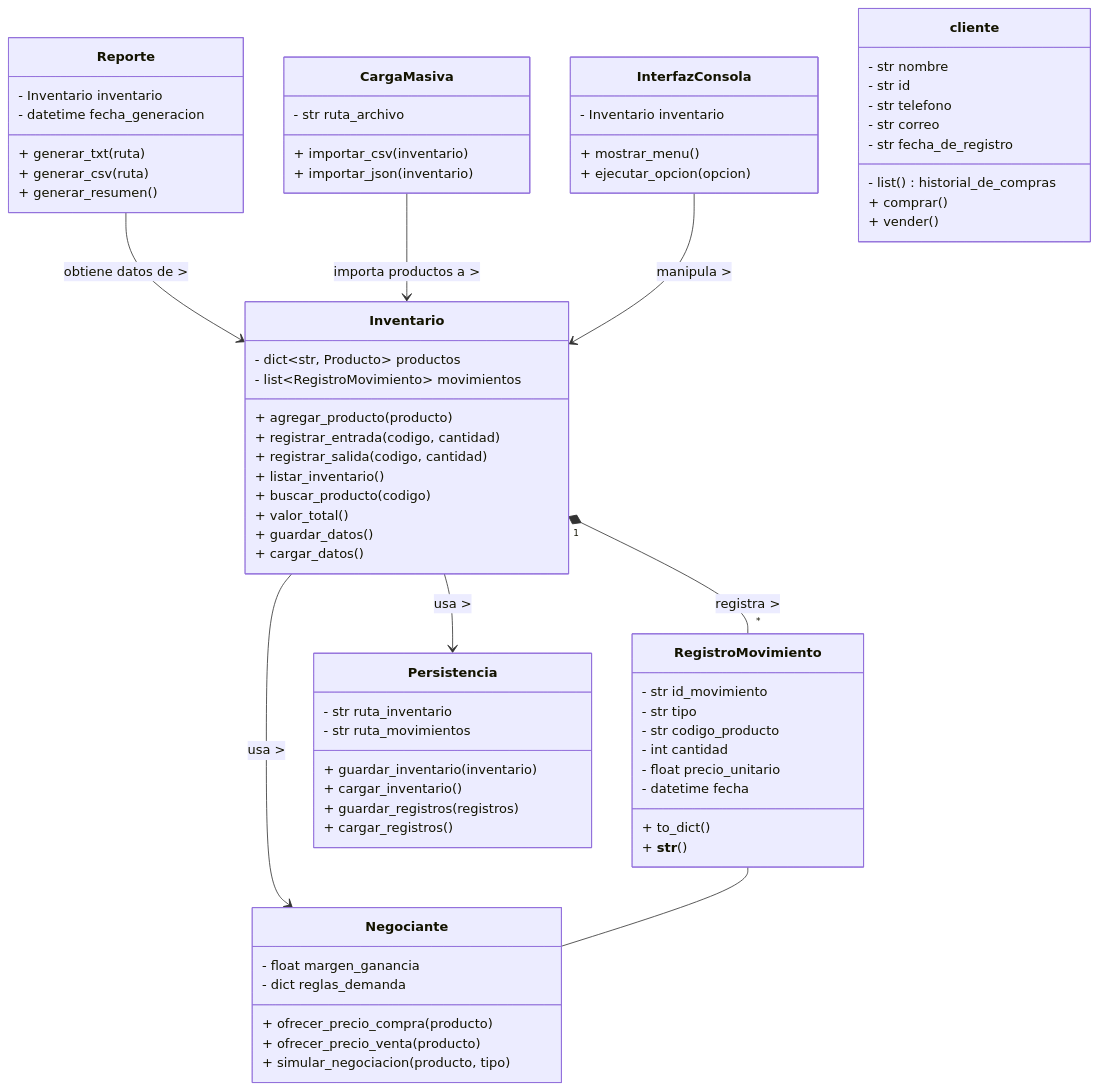
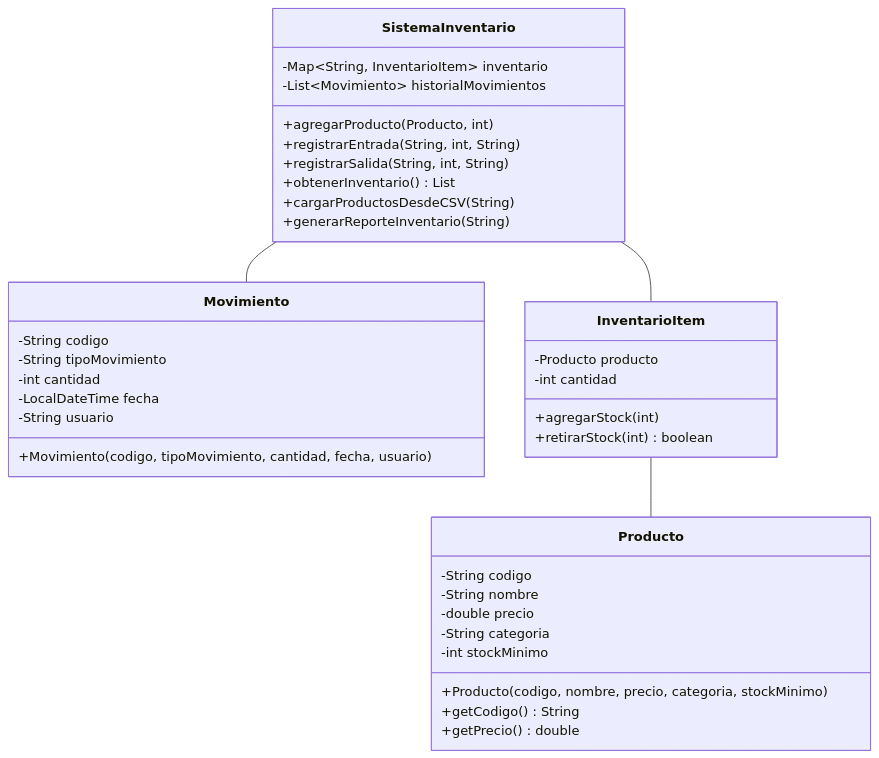
Before and after one commit to samuelmp26/Gaming-store-: the diagram in README.md, drawn with Mermaid. The commit also changed other lines of this file, not shown here.

`````diff
--- a/README.md
+++ b/README.md
@@ -25,81 +30,44 @@
- ````mermaid
+```mermaid
 classDiagram
-direction TB
- class Inventario {
-	    - dict~str, Producto~ productos
-	    - list~RegistroMovimiento~ movimientos
-	    + agregar_producto(producto)
-	    + registrar_entrada(codigo, cantidad)
-	    + registrar_salida(codigo, cantidad)
-	    + listar_inventario()
-	    + buscar_producto(codigo)
-	    + valor_total()
-	    + guardar_datos()
-	    + cargar_datos()
-    }
- class RegistroMovimiento {
-	    - str id_movimiento
-	    - str tipo
-	    - str codigo_producto
-	    - int cantidad
-	    - float precio_unitario
-	    - datetime fecha
-	    + to_dict()
-	    + __str__()
-    }
- class Persistencia {
-	    - str ruta_inventario
-	    - str ruta_movimientos
-	    + guardar_inventario(inventario)
-	    + cargar_inventario()
-	    + guardar_registros(registros)
-	    + cargar_registros()
-    }
- class Reporte {
-	    - Inventario inventario
-	    - datetime fecha_generacion
-	    + generar_txt(ruta)
-	    + generar_csv(ruta)
-	    + generar_resumen()
+    class Producto {
+        -String codigo
+        -String nombre
+        -double precio
+        -String categoria
+        -int stockMinimo
+        +Producto(codigo, nombre, precio, categoria, stockMinimo)
+        +getCodigo() String
+        +getPrecio() double
     }
 
- class CargaMasiva {
-	    - str ruta_archivo
-	    + importar_csv(inventario)
-	    + importar_json(inventario)
+    class Movimiento {
+        -String codigo
+        -String tipoMovimiento
+        -int cantidad
+        -LocalDateTime fecha
+        -String usuario
+        +Movimiento(codigo, tipoMovimiento, cantidad, fecha, usuario)
     }
 
- class InterfazConsola {
-	    - Inventario inventario
-	    + mostrar_menu()
-	    + ejecutar_opcion(opcion)
- }
- class Negociante {
-	    - float margen_ganancia
-	    - dict reglas_demanda
-	    + ofrecer_precio_compra(producto)
-	    + ofrecer_precio_venta(producto)
-	    + simular_negociacion(producto, tipo)
-    }
-    class cliente{
-       - str nombre 
-       - str id 
-       - str telefono 
-       - str correo 
-       - str fecha_de_registro
-       - list() historial_de_compras
-
-       + comprar()
-       + vender()
+    class InventarioItem {
+        -Producto producto
+        -int cantidad
+        +agregarStock(int)
+        +retirarStock(int) boolean
     }
 
-    Inventario "1" *-- "*" RegistroMovimiento : registra >
-    Inventario --> Persistencia : usa >
-    Inventario --> Negociante : usa >
-    Reporte --> Inventario : obtiene datos de >
-    CargaMasiva --> Inventario : importa productos a >
-    InterfazConsola --> Inventario : manipula >
-    RegistroMovimiento -- Negociante
+    class SistemaInventario {
+        -Map~String, InventarioItem~ inventario
+        -List~Movimiento~ historialMovimientos
+        +agregarProducto(Producto, int)
+        +registrarEntrada(String, int, String)
+        +registrarSalida(String, int, String)
+        +obtenerInventario() List
+        +cargarProductosDesdeCSV(String)
+        +generarReporteInventario(String)
+    }
 
-
-````
+    SistemaInventario -- InventarioItem
+    SistemaInventario -- Movimiento
+    InventarioItem -- Producto
+```
`````
